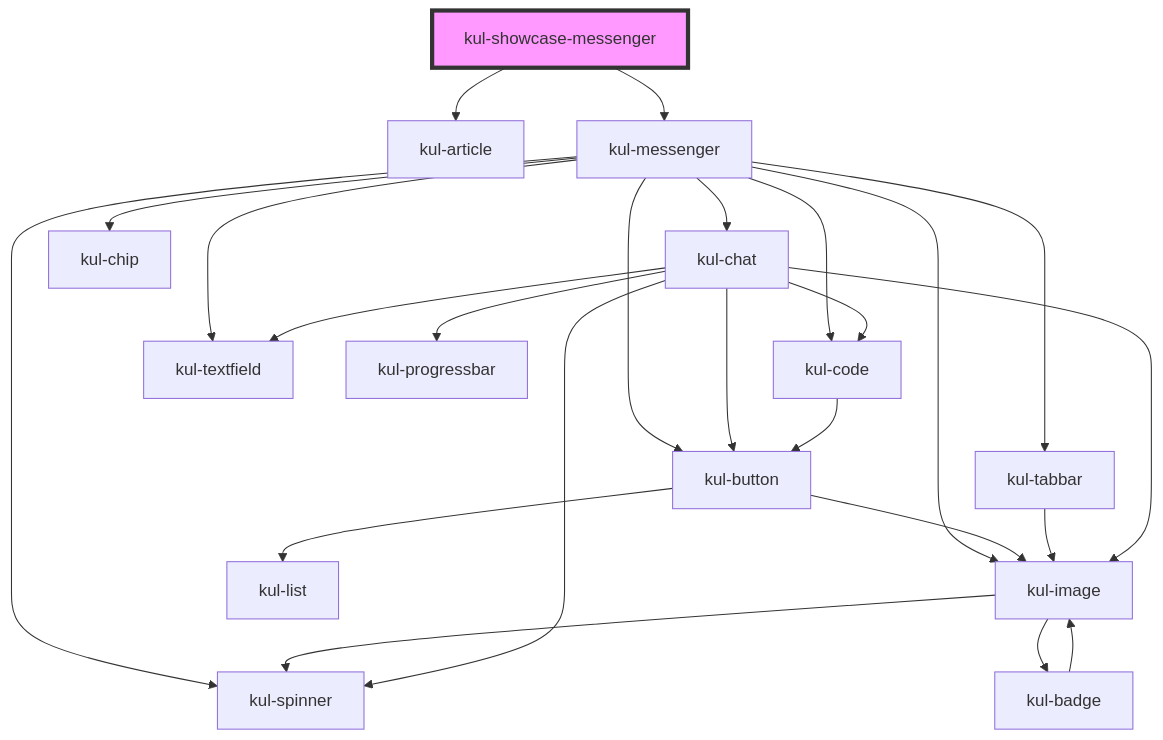
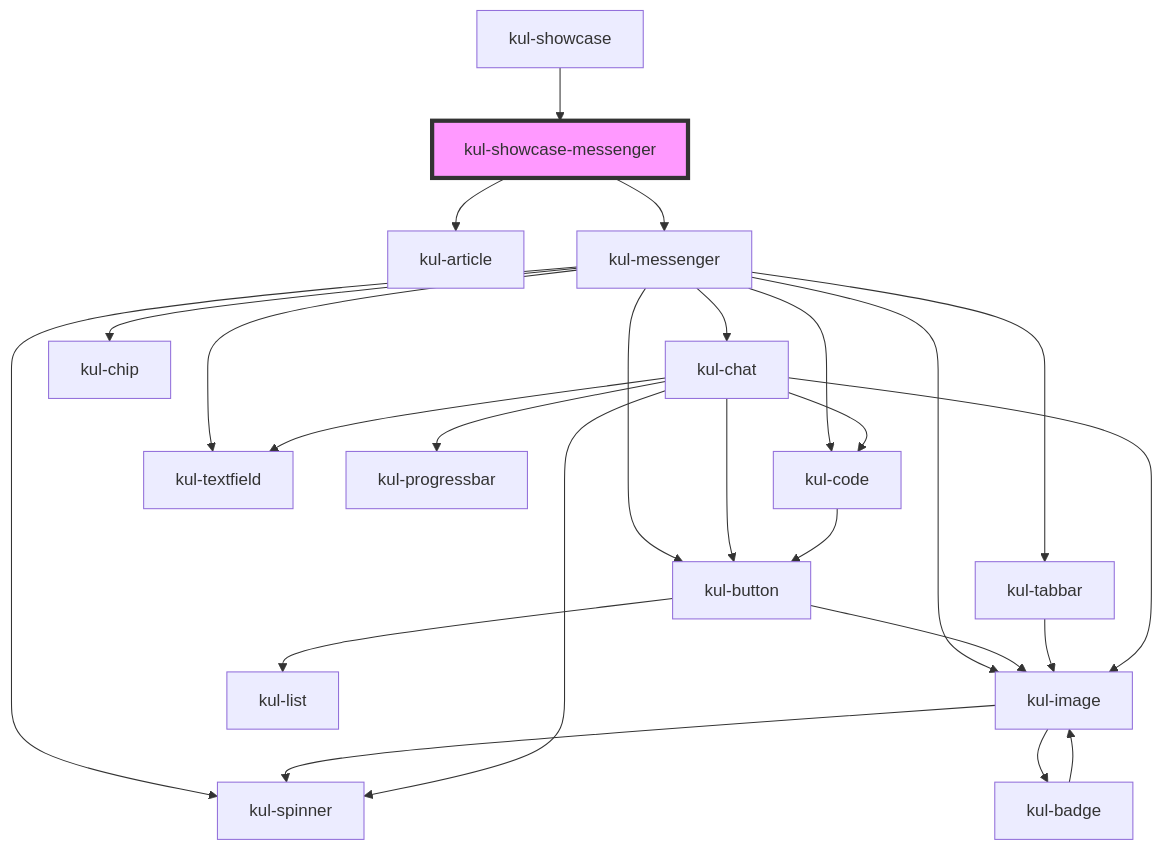
The diagram in packages/ketchup-lite/src/components/kul-showcase/components/messenger/readme.md (lucafoscili/ketchup-lite), drawn with Mermaid before and after one commit. The commit also changed other lines of this file and 45 other files, not shown here.

````diff
--- a/packages/ketchup-lite/src/components/kul-showcase/components/messenger/readme.md
+++ b/packages/ketchup-lite/src/components/kul-showcase/components/messenger/readme.md
@@ -24,27 +28,28 @@
 ```mermaid
 graph TD;
   kul-showcase-messenger --> kul-article
   kul-showcase-messenger --> kul-messenger
   kul-messenger --> kul-button
   kul-messenger --> kul-tabbar
   kul-messenger --> kul-chat
   kul-messenger --> kul-image
   kul-messenger --> kul-spinner
   kul-messenger --> kul-code
   kul-messenger --> kul-chip
   kul-messenger --> kul-textfield
   kul-button --> kul-image
   kul-button --> kul-list
   kul-image --> kul-spinner
   kul-image --> kul-badge
   kul-badge --> kul-image
   kul-tabbar --> kul-image
   kul-chat --> kul-spinner
   kul-chat --> kul-image
   kul-chat --> kul-button
   kul-chat --> kul-textfield
   kul-chat --> kul-progressbar
   kul-chat --> kul-code
   kul-code --> kul-button
+  kul-showcase --> kul-showcase-messenger
   style kul-showcase-messenger fill:#f9f,stroke:#333,stroke-width:4px
 ```
````
